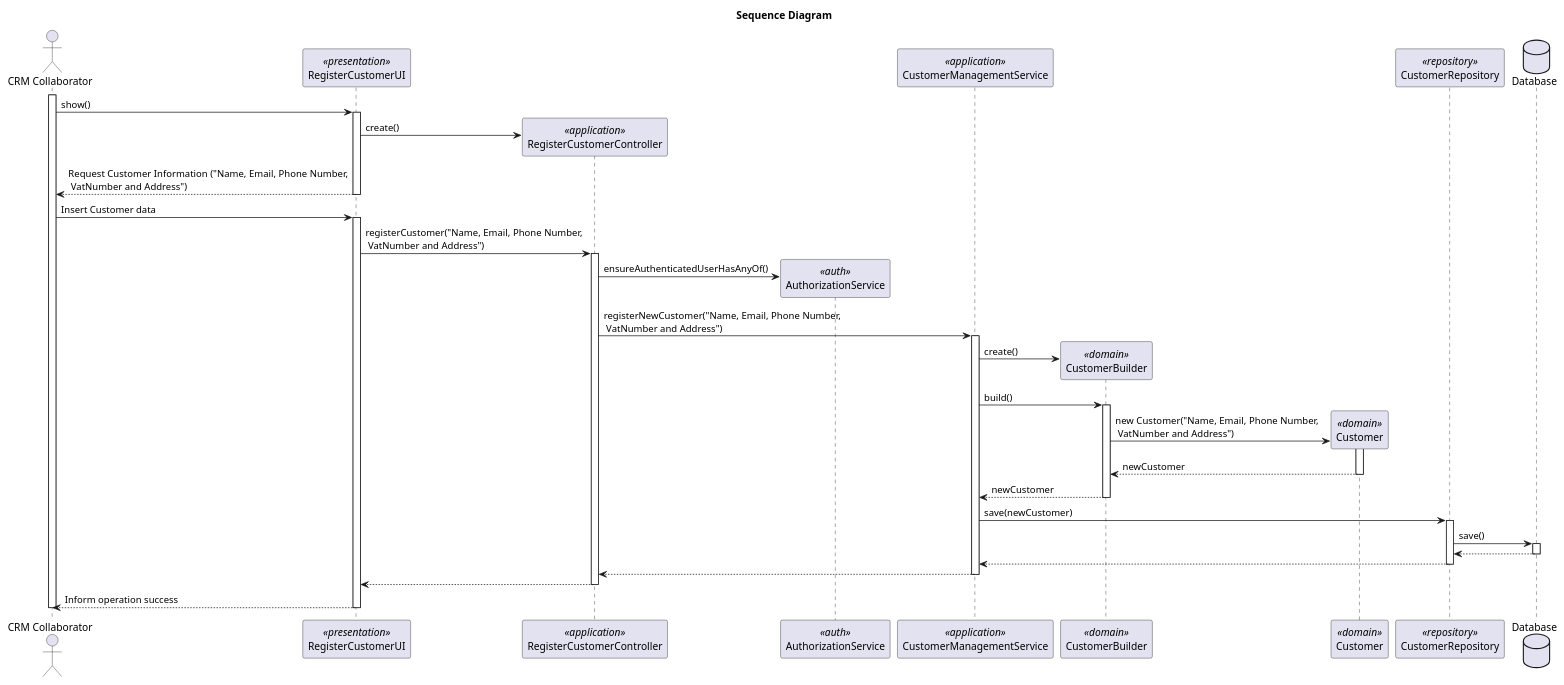
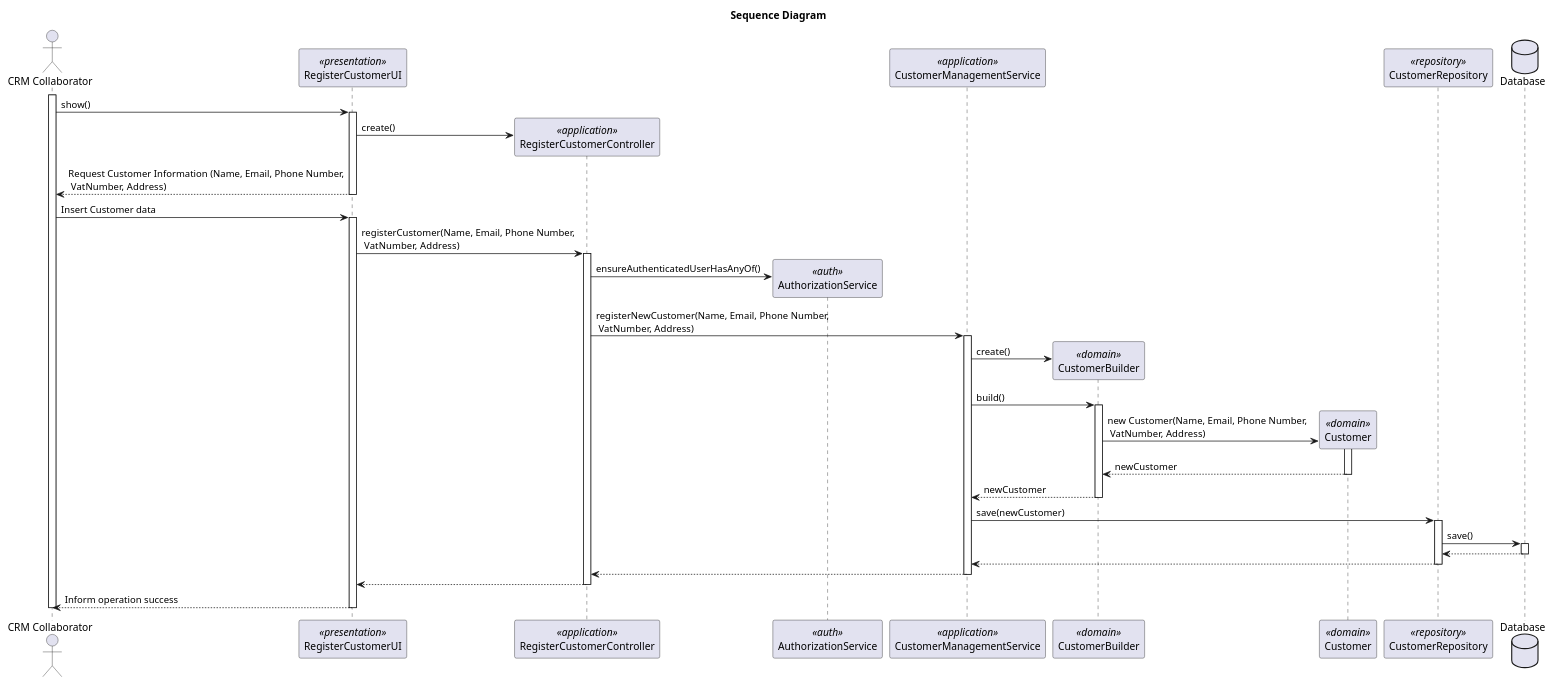
The diagram in docs/Sprint2/us_220/diagrams/sequence-diagram-US220.puml (rubenFreitas1/ISEP-LAPR4-2024-2025), drawn with PlantUML before and after one commit. The commit also changed 2 other files, not shown here.

```diff
--- a/docs/Sprint2/us_220/diagrams/sequence-diagram-US220.puml
+++ b/docs/Sprint2/us_220/diagrams/sequence-diagram-US220.puml
@@ -1,77 +1,77 @@
 @startuml
 title Sequence Diagram
 
 actor "CRM Collaborator" as Actor
 participant "RegisterCustomerUI" as UI <<presentation>>
 participant "RegisterCustomerController" as Controller <<application>>
 participant "AuthorizationService" as AuthorizationService <<auth>>
 participant "CustomerManagementService" as CustomerManagementService <<application>>
 participant "CustomerBuilder" as CustomerBuilder <<domain>>
 participant "Customer" as Customer <<domain>>
 participant "CustomerRepository" as CustomerRepository <<repository>>
 database "Database" as Database
 
 activate Actor
 
 Actor -> UI: show()
     activate UI
 
 UI -> Controller** : create()
 
-UI --> Actor: Request Customer Information ("Name, Email, Phone Number,\n VatNumber and Address")
+UI --> Actor: Request Customer Information (Name, Email, Phone Number,\n VatNumber, Address)
 deactivate UI
 
 Actor -> UI: Insert Customer data
 
 
     activate UI
 
-        UI -> Controller : registerCustomer("Name, Email, Phone Number,\n VatNumber and Address")
+        UI -> Controller : registerCustomer(Name, Email, Phone Number,\n VatNumber, Address)
             activate Controller
 
                 Controller -> AuthorizationService** : ensureAuthenticatedUserHasAnyOf()
 
                 deactivate AuthorizationService
 
-                Controller -> CustomerManagementService : registerNewCustomer("Name, Email, Phone Number,\n VatNumber and Address")
+                Controller -> CustomerManagementService : registerNewCustomer(Name, Email, Phone Number,\n VatNumber, Address)
                 activate CustomerManagementService
 
                     CustomerManagementService -> CustomerBuilder** : create()
                     CustomerManagementService -> CustomerBuilder : build()
                     activate CustomerBuilder
 
-                        CustomerBuilder -> Customer**: new Customer("Name, Email, Phone Number,\n VatNumber and Address")
+                        CustomerBuilder -> Customer**: new Customer(Name, Email, Phone Number,\n VatNumber, Address)
 
                          activate Customer
 
                          Customer --> CustomerBuilder : newCustomer
                          deactivate Customer
 
                           CustomerBuilder --> CustomerManagementService : newCustomer
 
                     deactivate CustomerBuilder
 
 
                     CustomerManagementService -> CustomerRepository : save(newCustomer)
 
                     activate CustomerRepository
 
                              CustomerRepository -> Database : save()
                              activate Database
 
                                 Database --> CustomerRepository
                              deactivate Database
 
                              CustomerRepository --> CustomerManagementService
                     deactivate CustomerRepository
 
                     CustomerManagementService --> Controller
                 deactivate CustomerManagementService
 
                 Controller --> UI
             deactivate Controller
         UI --> Actor : Inform operation success
         deactivate UI
 deactivate Actor
 
 @enduml
```
